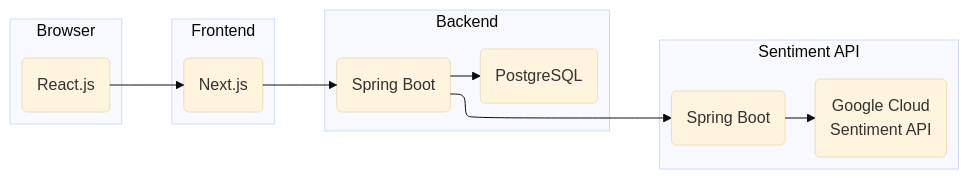
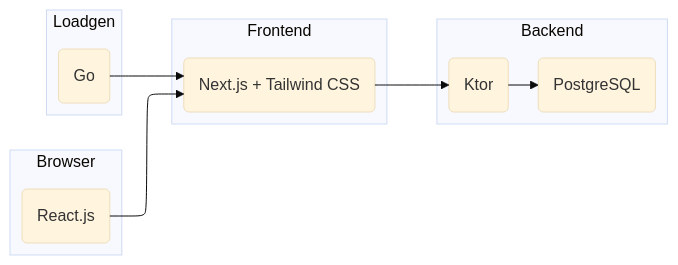
Before and after one commit to nais/examples: the diagram in README.md, drawn with Mermaid (base theme). The commit also changed other lines of this file and 6 other files, not shown here.

````diff
--- a/README.md
+++ b/README.md
@@ -13,32 +41,31 @@
 ```mermaid
 ---
 config:
-    flowchart:
-        defaultRenderer: elk
+  flowchart:
+    defaultRenderer: elk
 ---
 graph LR
+
   subgraph Browser
-    A(React.js)
+  A(React.js)
   end
 
   subgraph Frontend
-    B(Next.js)
+  B(Next.js + Tailwind CSS)
   end
 
   subgraph Backend
-    C(Spring Boot)
-    D(PostgreSQL)
+  C(Ktor)
+  D(PostgreSQL)
   end
 
-  subgraph Sentiment API
-    E(Spring Boot)
-    F(Google Cloud<br>Sentiment API)
+  subgraph Loadgen
+  E(Go)
   end
 
   A --> B
   B --> C
   C --> D
-  C --> E
-  E --> F
+  E --> B
 
 ```
````
